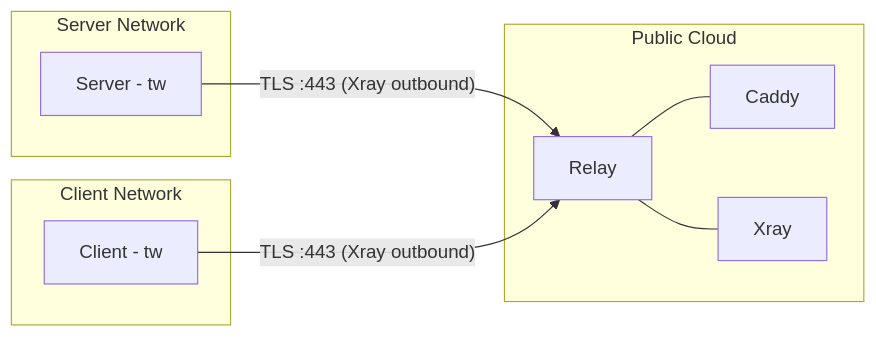
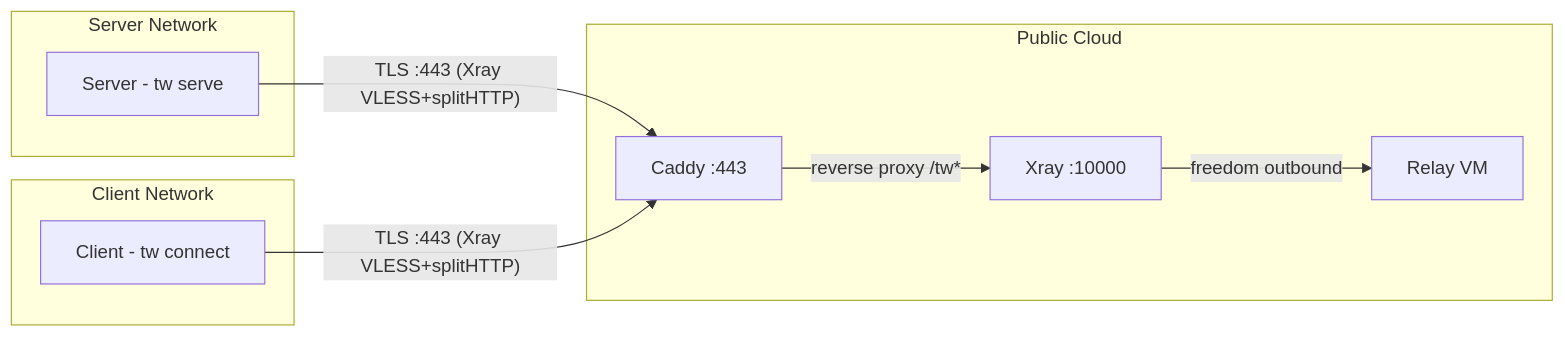
One commit to alicommit-malp/Tunnel-Whisperer changed the first of 5 diagrams in docs/architecture/tw-arch-arc42.md. Above: the diagram before and after it, drawn with Mermaid. The commit also changed other lines of this file and 1 other file, not shown here.

````diff
--- a/docs/architecture/tw-arch-arc42.md
+++ b/docs/architecture/tw-arch-arc42.md
@@ -31,21 +31,21 @@
 ```mermaid
 graph LR
     subgraph Server Network
-        S[Server - tw]
+        S[Server - tw serve]
     end
 
     subgraph Public Cloud
-        R[Relay]
-        C_[Caddy]
-        X[Xray]
+        R[Relay VM]
+        C_[Caddy :443]
+        X[Xray :10000]
     end
 
     subgraph Client Network
-        CL[Client - tw]
+        CL[Client - tw connect]
     end
 
-    S -- "TLS :443 (Xray outbound)" --> R
-    CL -- "TLS :443 (Xray outbound)" --> R
-    R --- C_
-    R --- X
+    S -- "TLS :443 (Xray VLESS+splitHTTP)" --> C_
+    CL -- "TLS :443 (Xray VLESS+splitHTTP)" --> C_
+    C_ -- "reverse proxy /tw*" --> X
+    X -- "freedom outbound" --> R
 ```
````
